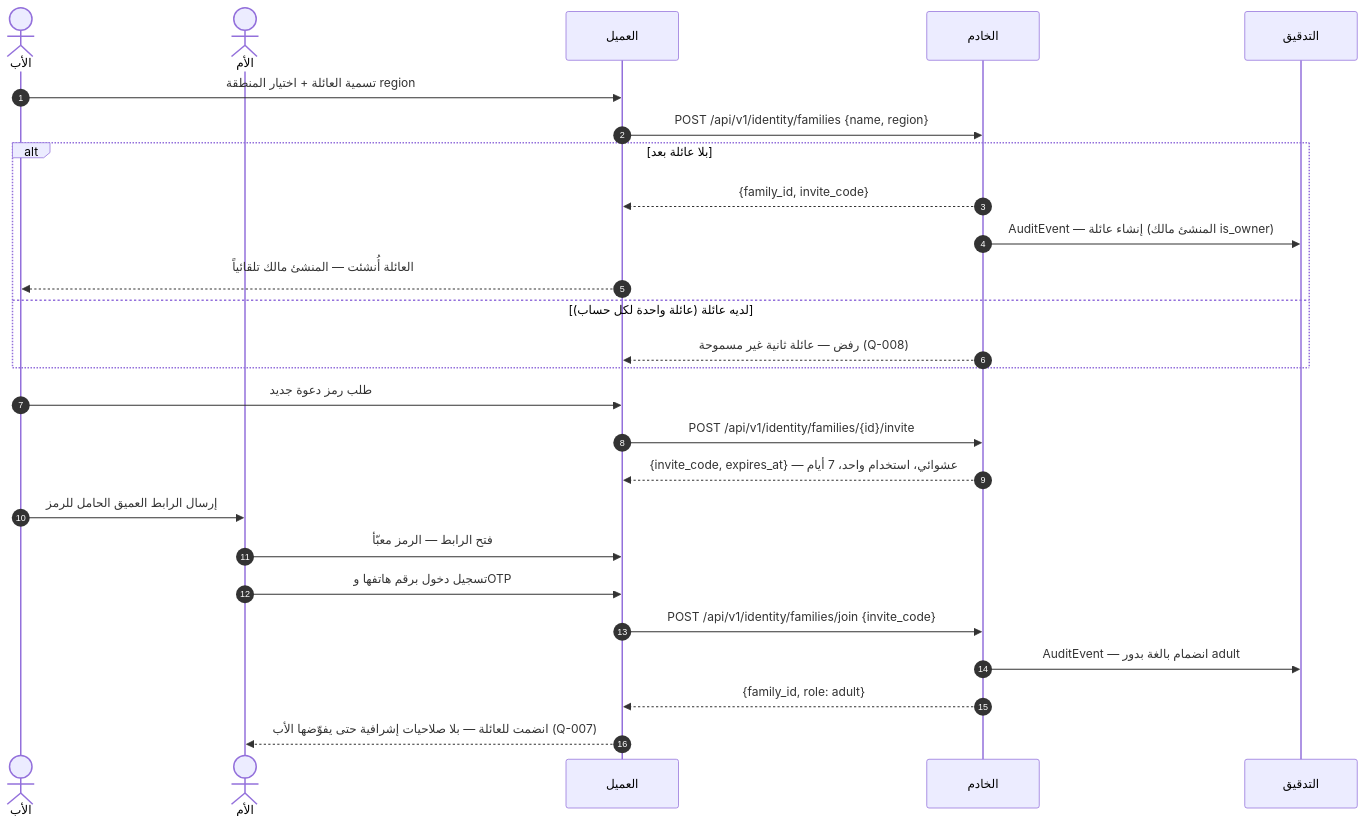
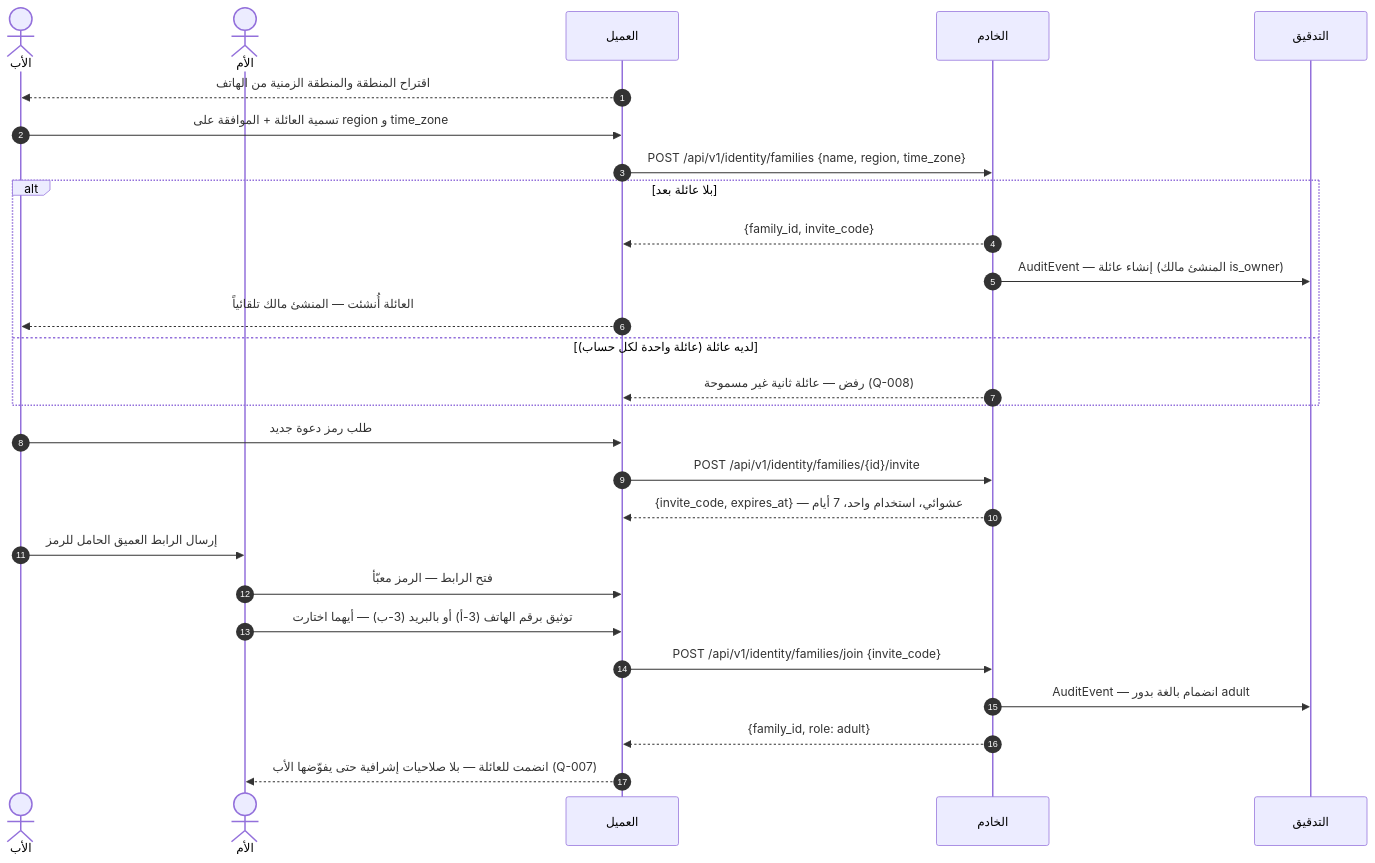
One commit to Bassam-mohammed-alqaeadi/family-os-v2 changed the fifth of 15 diagrams in docs/family-os/governance/phases/phase-1/S1-02-identity-and-onboarding/DIAGRAMS.md. Above: the diagram before and after it, drawn with Mermaid. The commit also changed other lines of this file and 13 other files, not shown here.

````diff
--- a/docs/family-os/governance/phases/phase-1/S1-02-identity-and-onboarding/DIAGRAMS.md
+++ b/docs/family-os/governance/phases/phase-1/S1-02-identity-and-onboarding/DIAGRAMS.md
@@ -322,28 +336,29 @@
 ```mermaid
 sequenceDiagram
     autonumber
     actor Father as الأب
     actor Mother as الأم
     participant Client as العميل
     participant Ktor as الخادم
     participant Audit as التدقيق
-    Father->>Client: تسمية العائلة + اختيار المنطقة region
-    Client->>Ktor: POST /api/v1/identity/families {name, region}
+    Client-->>Father: اقتراح المنطقة والمنطقة الزمنية من الهاتف
+    Father->>Client: تسمية العائلة + الموافقة على region و time_zone
+    Client->>Ktor: POST /api/v1/identity/families {name, region, time_zone}
     alt بلا عائلة بعد
         Ktor-->>Client: {family_id, invite_code}
         Ktor->>Audit: AuditEvent — إنشاء عائلة (المنشئ مالك is_owner)
         Client-->>Father: العائلة أُنشئت — المنشئ مالك تلقائياً
     else لديه عائلة (عائلة واحدة لكل حساب)
         Ktor-->>Client: رفض — عائلة ثانية غير مسموحة (Q-008)
     end
     Father->>Client: طلب رمز دعوة جديد
     Client->>Ktor: POST /api/v1/identity/families/{id}/invite
     Ktor-->>Client: {invite_code, expires_at} — عشوائي، استخدام واحد، 7 أيام
     Father->>Mother: إرسال الرابط العميق الحامل للرمز
     Mother->>Client: فتح الرابط — الرمز معبّأ
-    Mother->>Client: تسجيل دخول برقم هاتفها وOTP
+    Mother->>Client: توثيق برقم الهاتف (3-أ) أو بالبريد (3-ب) — أيهما اختارت
     Client->>Ktor: POST /api/v1/identity/families/join {invite_code}
     Ktor->>Audit: AuditEvent — انضمام بالغة بدور adult
     Ktor-->>Client: {family_id, role: adult}
     Client-->>Mother: انضمت للعائلة — بلا صلاحيات إشرافية حتى يفوّضها الأب (Q-007)
 ```
````
